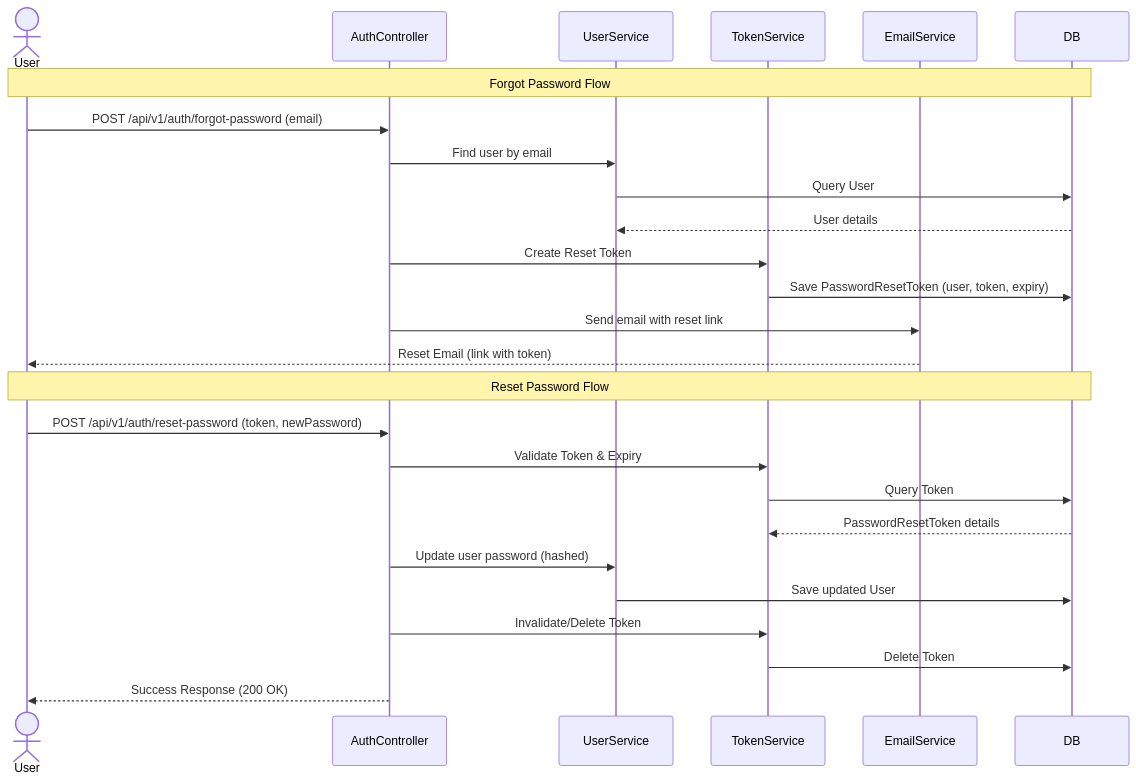
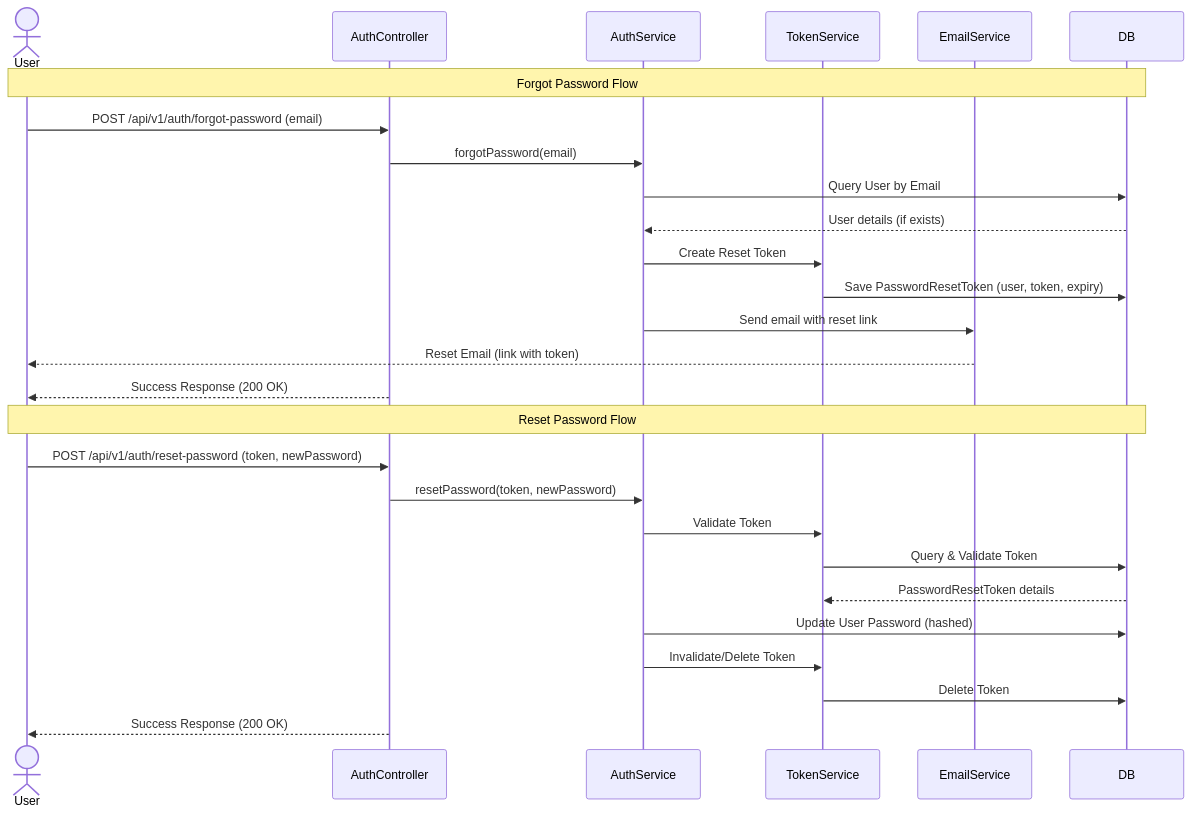
One commit to Sourabh-Chauhan/spring_core_services changed the diagram in auth-service/markdowns/password_reset_design_plan.md. Above: the diagram before and after it, drawn with Mermaid. The commit also changed other lines of this file and 14 other files, not shown here.

First line of the commit message:
feat(auth): implement forgot password and password reset flow

````diff
--- a/auth-service/markdowns/password_reset_design_plan.md
+++ b/auth-service/markdowns/password_reset_design_plan.md
@@ -9,30 +9,31 @@
 ```mermaid
 sequenceDiagram
     actor User
     participant AuthController
-    participant UserService
+    participant AuthService
     participant TokenService
     participant EmailService
     participant DB
 
     Note over User, DB: Forgot Password Flow
     User->>AuthController: POST /api/v1/auth/forgot-password (email)
-    AuthController->>UserService: Find user by email
-    UserService->>DB: Query User
-    DB-->>UserService: User details
-    AuthController->>TokenService: Create Reset Token
+    AuthController->>AuthService: forgotPassword(email)
+    AuthService->>DB: Query User by Email
+    DB-->>AuthService: User details (if exists)
+    AuthService->>TokenService: Create Reset Token
     TokenService->>DB: Save PasswordResetToken (user, token, expiry)
-    AuthController->>EmailService: Send email with reset link
+    AuthService->>EmailService: Send email with reset link
     EmailService-->>User: Reset Email (link with token)
+    AuthController-->>User: Success Response (200 OK)
 
     Note over User, DB: Reset Password Flow
     User->>AuthController: POST /api/v1/auth/reset-password (token, newPassword)
-    AuthController->>TokenService: Validate Token & Expiry
-    TokenService->>DB: Query Token
+    AuthController->>AuthService: resetPassword(token, newPassword)
+    AuthService->>TokenService: Validate Token
+    TokenService->>DB: Query & Validate Token
     DB-->>TokenService: PasswordResetToken details
-    AuthController->>UserService: Update user password (hashed)
-    UserService->>DB: Save updated User
-    AuthController->>TokenService: Invalidate/Delete Token
+    AuthService->>DB: Update User Password (hashed)
+    AuthService->>TokenService: Invalidate/Delete Token
     TokenService->>DB: Delete Token
     AuthController-->>User: Success Response (200 OK)
 ```
````
